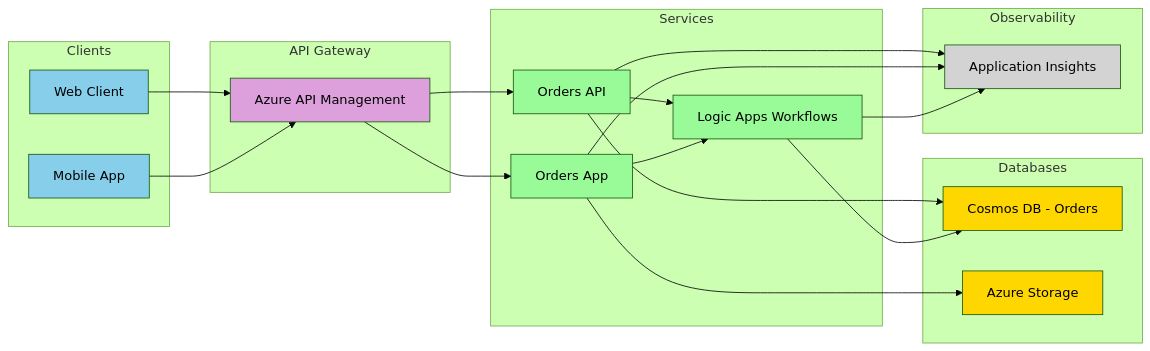
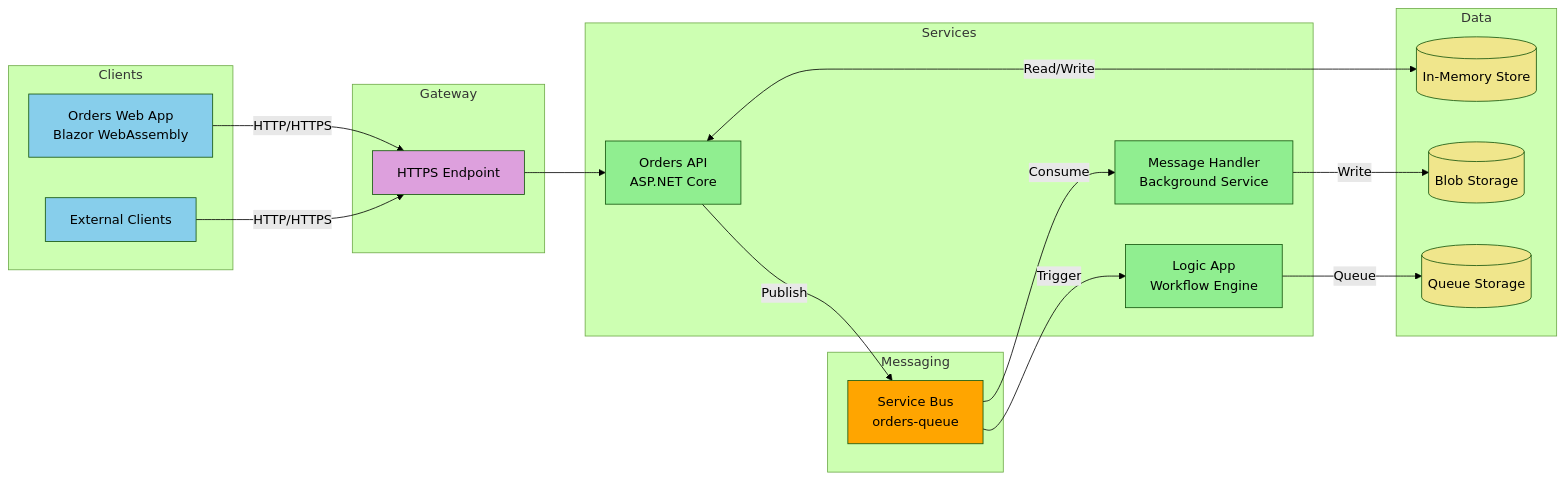
Before and after one commit to Evilazaro/Azure-LogicApps-Monitoring: the sixth of 12 diagrams in bdat.md, drawn with Mermaid (forest theme). The commit also changed other lines of this file and 1 other file, not shown here.

````diff
--- a/bdat.md
+++ b/bdat.md
@@ -347,53 +331,50 @@
 ```mermaid
 flowchart LR
-    subgraph "Clients"
-        C1[Web Client]
-        C2[Mobile App]
+    subgraph Clients
+        WEB[Orders Web App<br/>Blazor WebAssembly]
+        EXT[External Clients]
     end
     
-    subgraph "API Gateway"
-        GW[Azure API Management]
+    subgraph Gateway
+        HTTPS[HTTPS Endpoint]
     end
     
-    subgraph "Services"
-        S1[Orders API]
-        S2[Orders App]
-        S3[Logic Apps Workflows]
+    subgraph Services
+        API[Orders API<br/>ASP.NET Core]
+        MH[Message Handler<br/>Background Service]
+        LA[Logic App<br/>Workflow Engine]
     end
     
-    subgraph "Databases"
-        DB1[Cosmos DB - Orders]
-        DB2[Azure Storage]
+    subgraph Messaging
+        SB[Service Bus<br/>orders-queue]
     end
     
-    subgraph "Observability"
-        O1[Application Insights]
+    subgraph Data
+        MEM[(In-Memory Store)]
+        BLOB[(Blob Storage)]
+        QUE[(Queue Storage)]
     end
     
-    C1 --> GW
-    C2 --> GW
+    WEB -->|HTTP/HTTPS| HTTPS
+    EXT -->|HTTP/HTTPS| HTTPS
+    HTTPS --> API
     
-    GW --> S1
-    GW --> S2
+    API -->|Publish| SB
+    SB -->|Consume| MH
+    SB -->|Trigger| LA
     
-    S1 --> S3
-    S2 --> S3
+    API <-->|Read/Write| MEM
+    MH -->|Write| BLOB
+    LA -->|Queue| QUE
     
-    S1 --> DB1
-    S2 --> DB2
-    S3 --> DB1
-    
-    S1 --> O1
-    S2 --> O1
-    S3 --> O1
-    
-    style C1 fill:#87CEEB
-    style C2 fill:#87CEEB
-    style GW fill:#DDA0DD
-    style S1 fill:#98FB98
-    style S2 fill:#98FB98
-    style S3 fill:#98FB98
-    style DB1 fill:#FFD700
-    style DB2 fill:#FFD700
-    style O1 fill:#D3D3D3
+    style WEB fill:#87CEEB
+    style EXT fill:#87CEEB
+    style HTTPS fill:#DDA0DD
+    style API fill:#90EE90
+    style MH fill:#90EE90
+    style LA fill:#90EE90
+    style SB fill:#FFA500
+    style MEM fill:#F0E68C
+    style BLOB fill:#F0E68C
+    style QUE fill:#F0E68C
 ```
````
